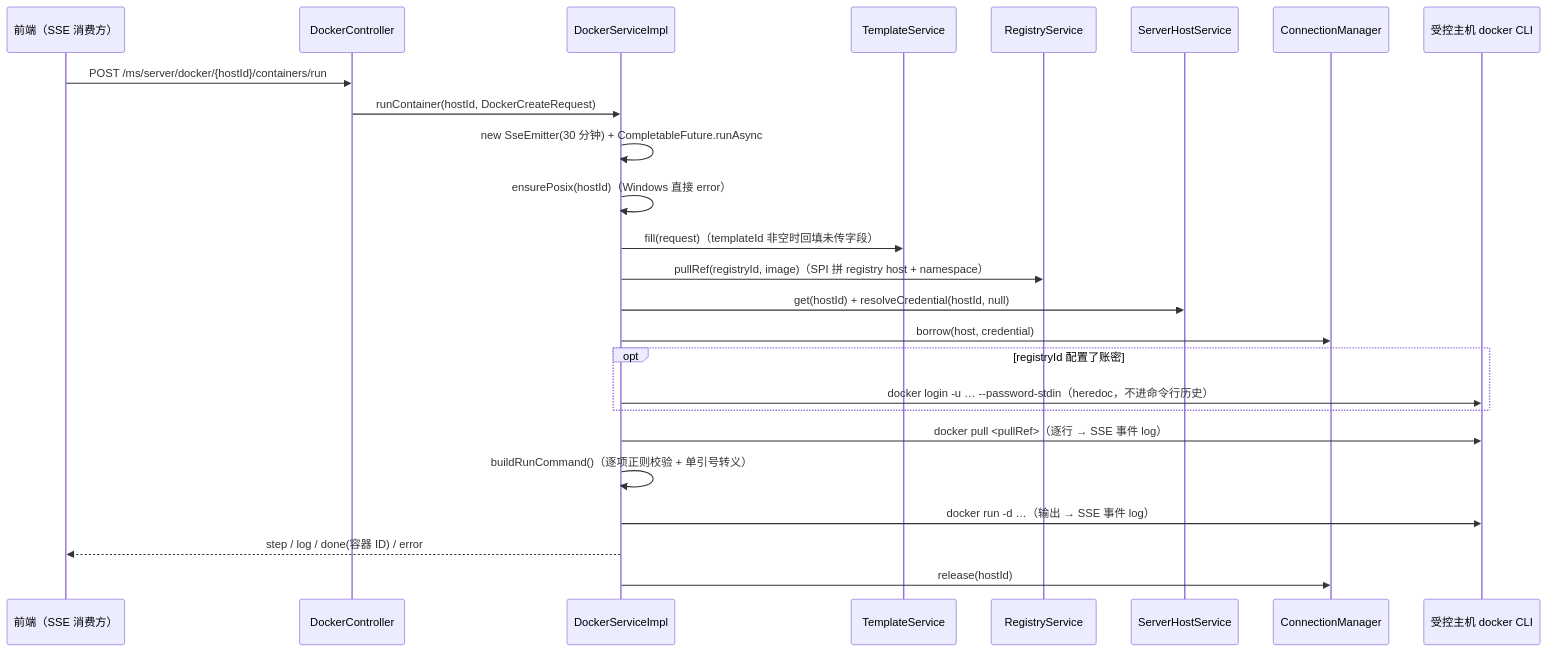
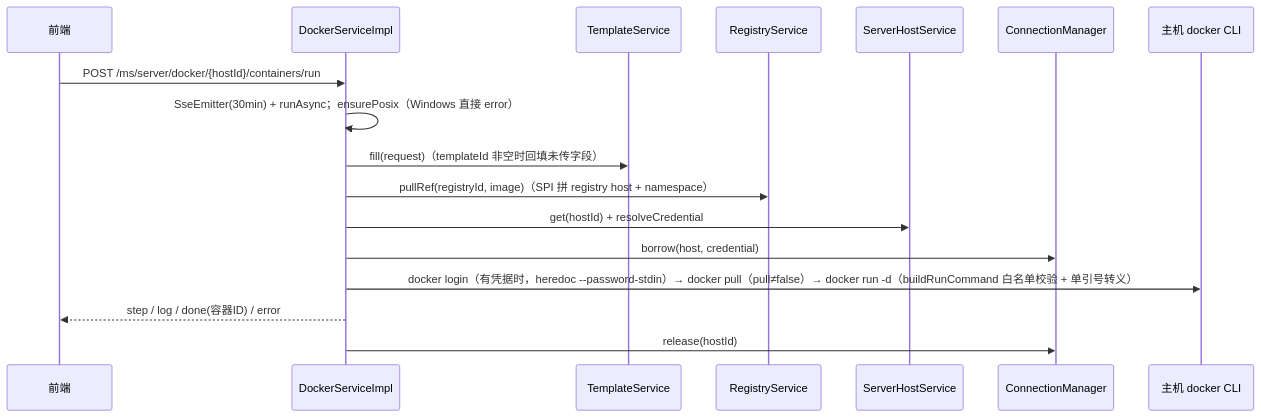
Before and after one commit to CHTK001/spring-support-parent-starter: the second of 2 diagrams in spring-support-docker-starter/README.md, drawn with Mermaid. The commit also changed other lines of this file and 54 other files, not shown here.

````diff
--- a/spring-support-docker-starter/README.md
+++ b/spring-support-docker-starter/README.md
@@ -107,28 +35,19 @@
 ```mermaid
 sequenceDiagram
-    participant FE as 前端（SSE 消费方）
-    participant DC as DockerController
+    participant FE as 前端
     participant DS as DockerServiceImpl
     participant TS as TemplateService
     participant RS as RegistryService
     participant SH as ServerHostService
     participant CM as ConnectionManager
-    participant RH as 受控主机 docker CLI
-
-    FE->>DC: POST /ms/server/docker/{hostId}/containers/run
-    DC->>DS: runContainer(hostId, DockerCreateRequest)
-    DS->>DS: new SseEmitter(30 分钟) + CompletableFuture.runAsync
-    DS->>DS: ensurePosix(hostId)（Windows 直接 error）
+    participant RH as 主机 docker CLI
+    FE->>DS: POST /ms/server/docker/{hostId}/containers/run
+    DS->>DS: SseEmitter(30min) + runAsync；ensurePosix（Windows 直接 error）
     DS->>TS: fill(request)（templateId 非空时回填未传字段）
     DS->>RS: pullRef(registryId, image)（SPI 拼 registry host + namespace）
-    DS->>SH: get(hostId) + resolveCredential(hostId, null)
+    DS->>SH: get(hostId) + resolveCredential
     DS->>CM: borrow(host, credential)
-    opt registryId 配置了账密
-        DS->>RH: docker login -u … --password-stdin（heredoc，不进命令行历史）
-    end
-    DS->>RH: docker pull <pullRef>（逐行 → SSE 事件 log）
-    DS->>DS: buildRunCommand()（逐项正则校验 + 单引号转义）
-    DS->>RH: docker run -d …（输出 → SSE 事件 log）
-    DS-->>FE: step / log / done(容器 ID) / error
+    DS->>RH: docker login（有凭据时，heredoc --password-stdin）→ docker pull（pull≠false）→ docker run -d（buildRunCommand 白名单校验 + 单引号转义）
+    DS-->>FE: step / log / done(容器ID) / error
     DS->>CM: release(hostId)
 ```
````
